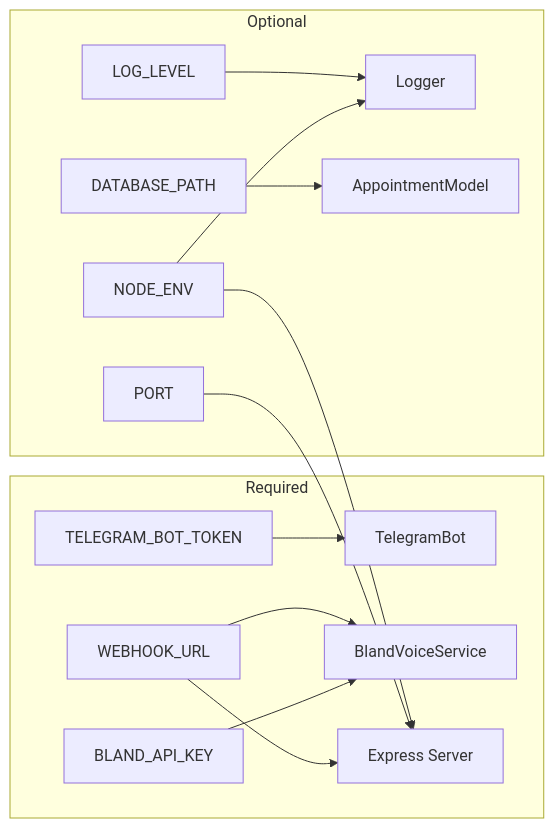
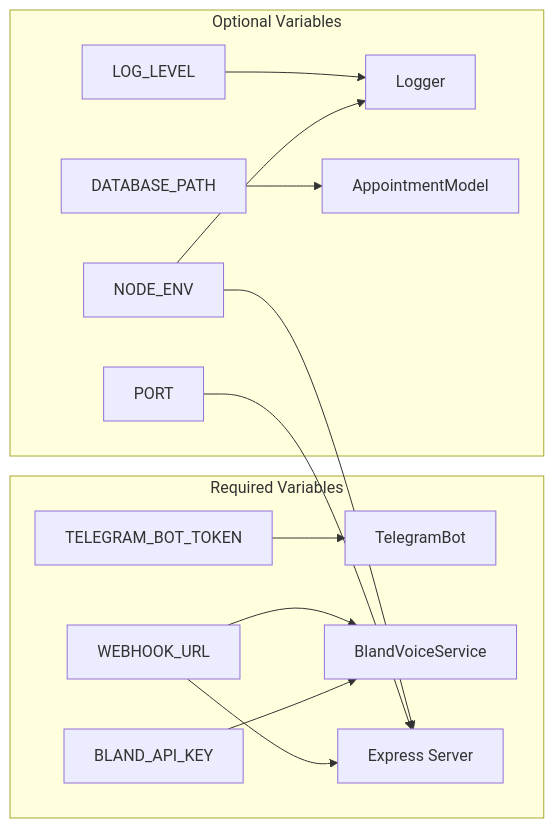
One commit to Armanda888/appointment-voice-agent changed the ninth of 9 diagrams in .qoder/repowiki/en/content/Configuration and Environment Management.md. Above: the diagram before and after it, drawn with Mermaid. The commit also changed other lines of this file and 14 other files, not shown here.

````diff
--- a/.qoder/repowiki/en/content/Configuration and Environment Management.md
+++ b/.qoder/repowiki/en/content/Configuration and Environment Management.md
@@ -357,16 +378,16 @@
 ```mermaid
 graph LR
-subgraph "Required"
+subgraph "Required Variables"
 T["TELEGRAM_BOT_TOKEN"] --> BOT["TelegramBot"]
 B["BLAND_API_KEY"] --> VOICE["BlandVoiceService"]
 W["WEBHOOK_URL"] --> VOICE
 W --> SRV["Express Server"]
 end
-subgraph "Optional"
+subgraph "Optional Variables"
 P["PORT"] --> SRV
 N["NODE_ENV"] --> SRV
 N --> LOG["Logger"]
 D["DATABASE_PATH"] --> DB["AppointmentModel"]
 L["LOG_LEVEL"] --> LOG
 end
 ```
````
